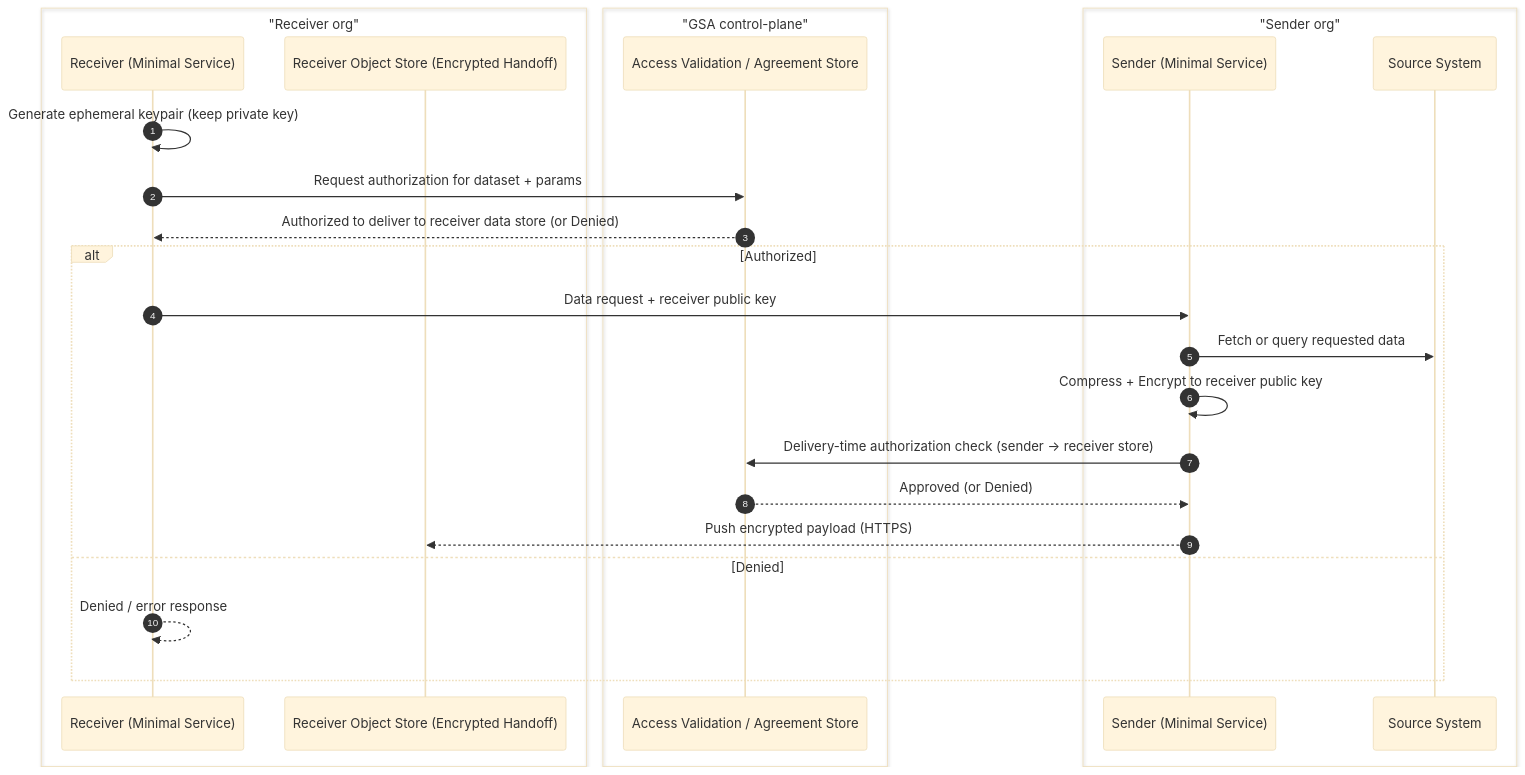
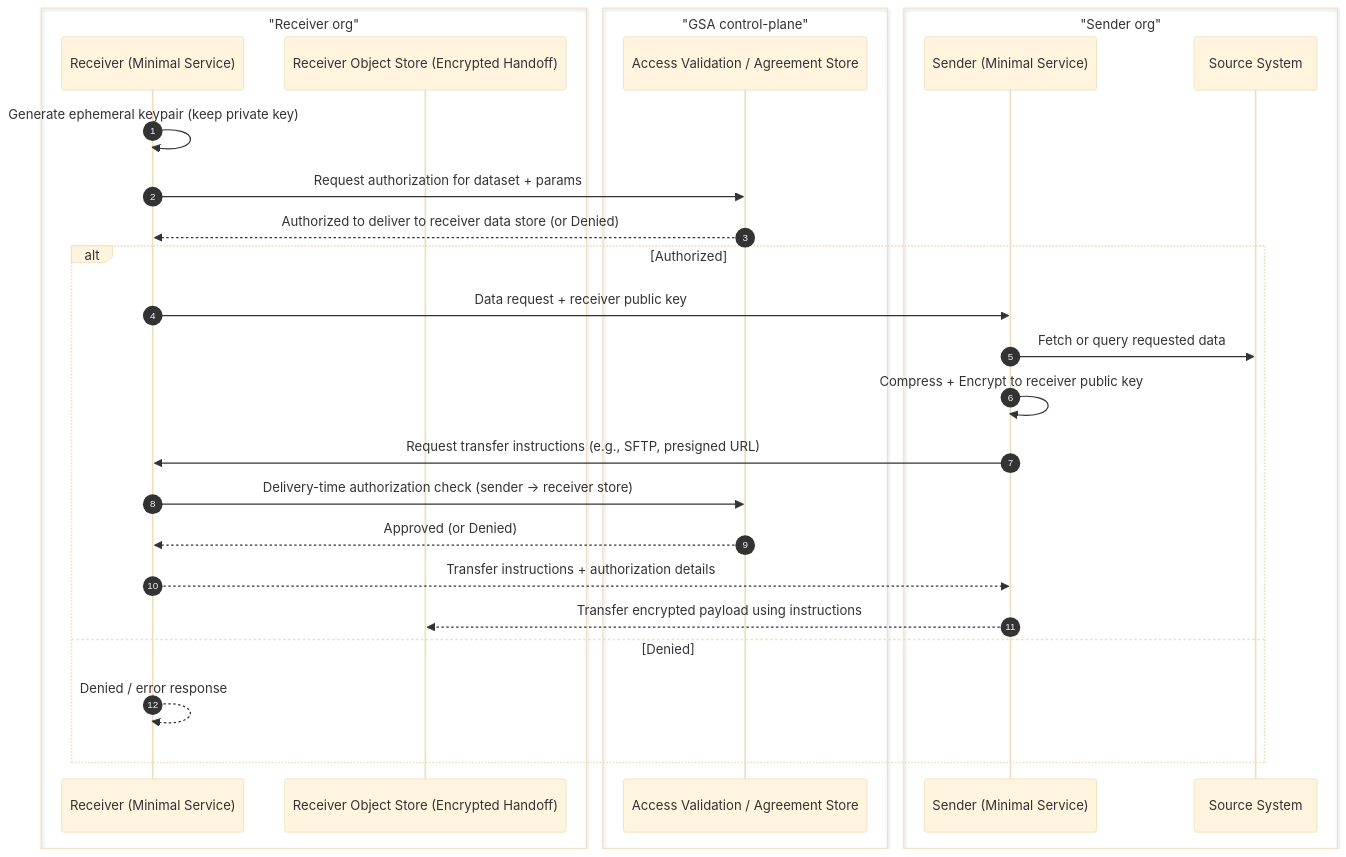
One commit to GSA-TTS/TTSE-Redwood changed the seventh of 8 diagrams in docs/adr/0001-fde-architecture-diagrams.md. Above: the diagram before and after it, drawn with Mermaid (base theme). The commit also changed other lines of this file and 1 other file, not shown here.

First line of the commit message:
adr: update transfer handshake (receiver provides transfer instructions)

````diff
--- a/docs/adr/0001-fde-architecture-diagrams.md
+++ b/docs/adr/0001-fde-architecture-diagrams.md
@@ -207,30 +220,32 @@
 ```mermaid
 sequenceDiagram
   autonumber
   box "Receiver org"
     participant R as Receiver (Minimal Service)
     participant ROS as Receiver Object Store (Encrypted Handoff)
   end
   box "GSA control-plane"
     participant AV as Access Validation / Agreement Store
   end
   box "Sender org"
     participant S as Sender (Minimal Service)
     participant SRC as Source System
   end
 
   R->>R: Generate ephemeral keypair (keep private key)
   R->>AV: Request authorization for dataset + params
   AV-->>R: Authorized to deliver to receiver data store (or Denied)
 
   alt Authorized
     R->>S: Data request + receiver public key
     S->>SRC: Fetch or query requested data
     S->>S: Compress + Encrypt to receiver public key
-    S->>AV: Delivery-time authorization check (sender -> receiver store)
-    AV-->>S: Approved (or Denied)
-    S-->>ROS: Push encrypted payload (HTTPS)
+    S->>R: Request transfer instructions (e.g., SFTP, presigned URL)
+    R->>AV: Delivery-time authorization check (sender -> receiver store)
+    AV-->>R: Approved (or Denied)
+    R-->>S: Transfer instructions + authorization details
+    S-->>ROS: Transfer encrypted payload using instructions
   else Denied
     R-->>R: Denied / error response
   end
 ```
````
